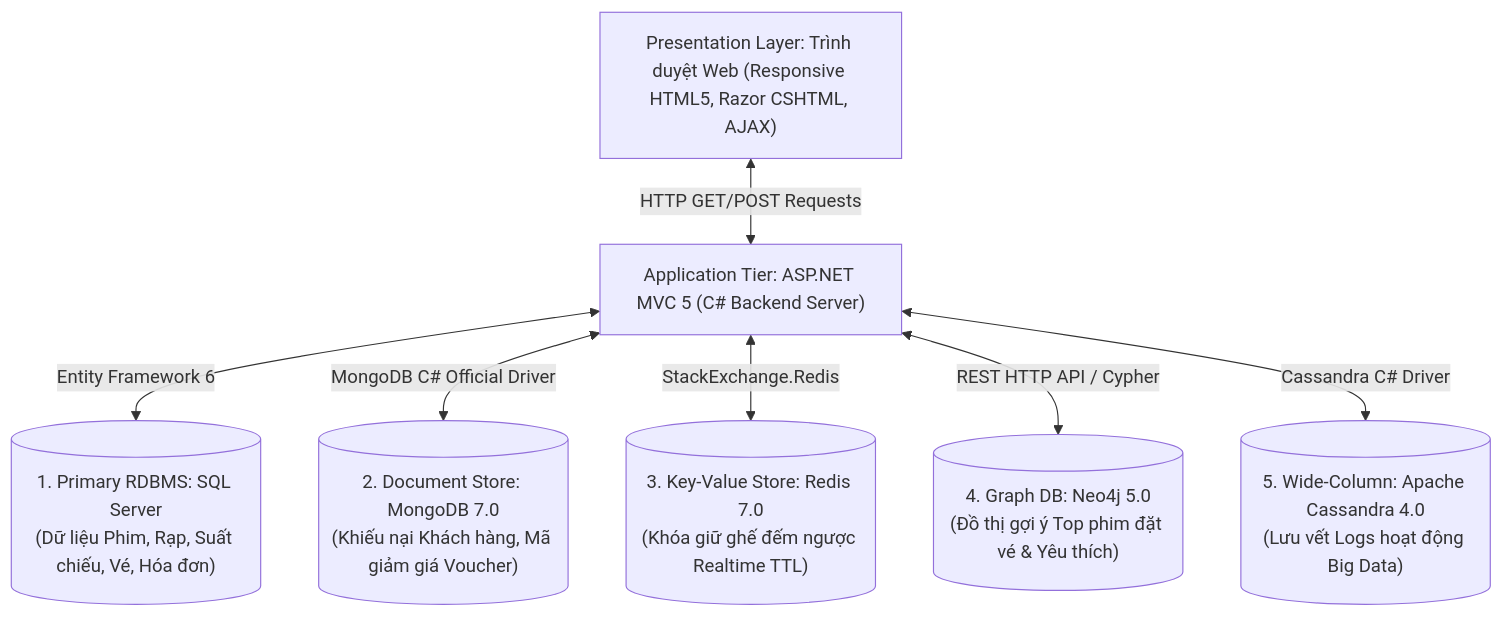
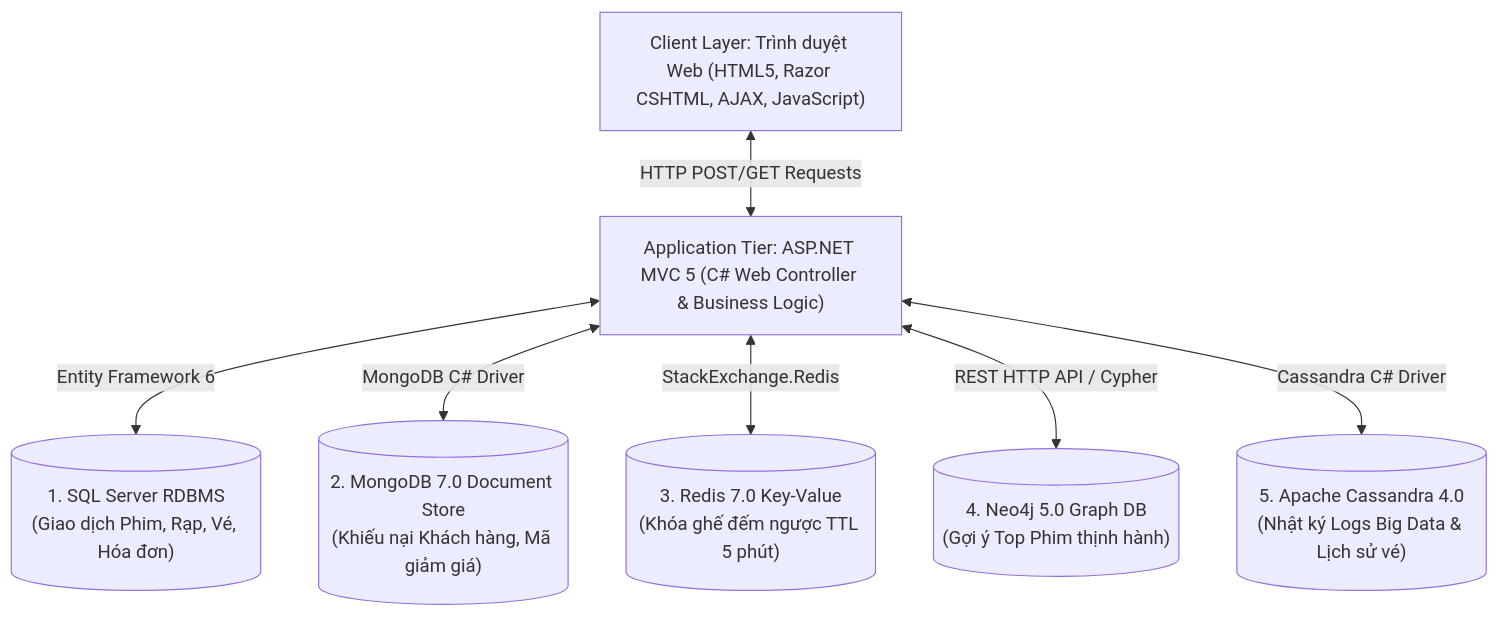
The first of 3 diagrams in TaiLieu_SDS_ToanBo_HeThong_Movana.md (Anh-BE/WEB_DatVe_XemPhim), drawn with Mermaid before and after one commit. The commit also changed other lines of this file, not shown here.

Commit message:
[Doc] Cap nhat Tai lieu SDS Toan Bo He Thong v3.0 chi tiet 100% (SQL Server, MongoDB, Redis, Neo4j, Cassandra)

````diff
--- a/TaiLieu_SDS_ToanBo_HeThong_Movana.md
+++ b/TaiLieu_SDS_ToanBo_HeThong_Movana.md
@@ -26,18 +33,18 @@
 ```mermaid
 graph TD
-    Client["Presentation Layer: Trình duyệt Web (Responsive HTML5, Razor CSHTML, AJAX)"]
-    Backend["Application Tier: ASP.NET MVC 5 (C# Backend Server)"]
+    Client["Client Layer: Trình duyệt Web (HTML5, Razor CSHTML, AJAX, JavaScript)"]
+    Backend["Application Tier: ASP.NET MVC 5 (C# Web Controller & Business Logic)"]
     
-    DB_SQL[("1. Primary RDBMS: SQL Server<br/>(Dữ liệu Phim, Rạp, Suất chiếu, Vé, Hóa đơn)")]
-    DB_MGDB[("2. Document Store: MongoDB 7.0<br/>(Khiếu nại Khách hàng, Mã giảm giá Voucher)")]
-    DB_REDIS[("3. Key-Value Store: Redis 7.0<br/>(Khóa giữ ghế đếm ngược Realtime TTL)")]
-    DB_NEO[("4. Graph DB: Neo4j 5.0<br/>(Đồ thị gợi ý Top phim đặt vé & Yêu thích)")]
-    DB_CASS[("5. Wide-Column: Apache Cassandra 4.0<br/>(Lưu vết Logs hoạt động Big Data)")]
+    DB_SQL[("1. SQL Server RDBMS<br/>(Giao dịch Phim, Rạp, Vé, Hóa đơn)")]
+    DB_MGDB[("2. MongoDB 7.0 Document Store<br/>(Khiếu nại Khách hàng, Mã giảm giá)")]
+    DB_REDIS[("3. Redis 7.0 Key-Value<br/>(Khóa ghế đếm ngược TTL 5 phút)")]
+    DB_NEO[("4. Neo4j 5.0 Graph DB<br/>(Gợi ý Top Phim thịnh hành)")]
+    DB_CASS[("5. Apache Cassandra 4.0<br/>(Nhật ký Logs Big Data & Lịch sử vé)")]
 
-    Client <-->|HTTP GET/POST Requests| Backend
+    Client <-->|HTTP POST/GET Requests| Backend
     Backend <-->|Entity Framework 6| DB_SQL
-    Backend <-->|MongoDB C# Official Driver| DB_MGDB
+    Backend <-->|MongoDB C# Driver| DB_MGDB
     Backend <-->|StackExchange.Redis| DB_REDIS
     Backend <-->|REST HTTP API / Cypher| DB_NEO
     Backend <-->|Cassandra C# Driver| DB_CASS
 ```
````
